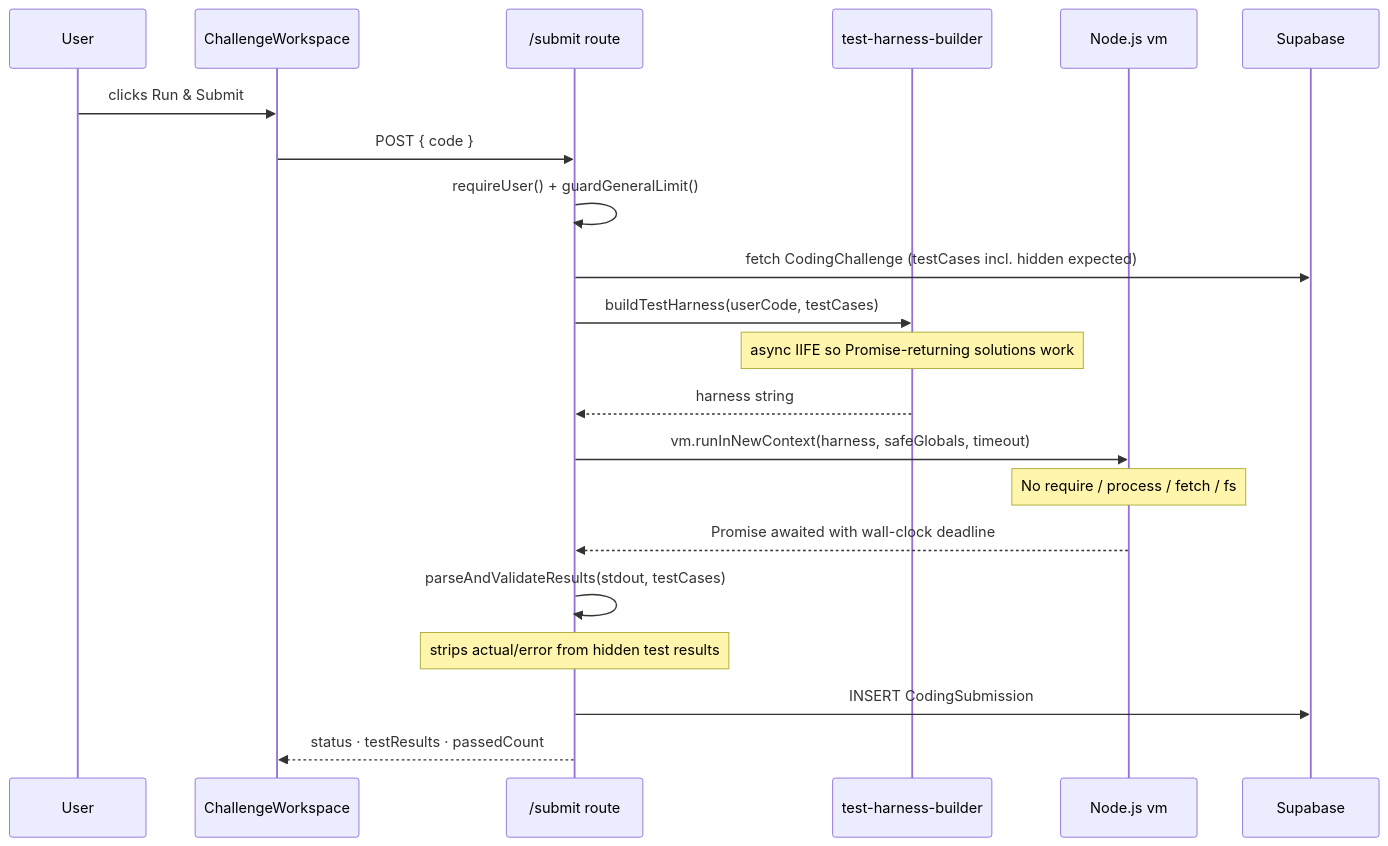
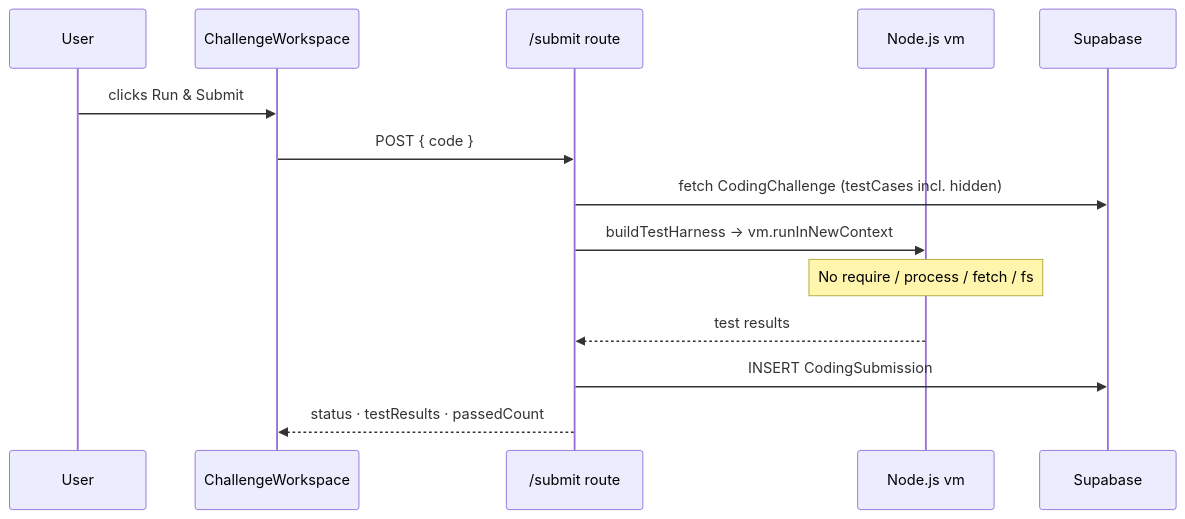
The seventh of 13 diagrams in docs/system-architecture.md (lqtrung-95/ai-fe-interview), drawn with Mermaid before and after one commit. The commit also changed other lines of this file and 6 other files, not shown here.

````diff
--- a/docs/system-architecture.md
+++ b/docs/system-architecture.md
@@ -355,24 +447,17 @@
 ```mermaid
 sequenceDiagram
     participant U as User
     participant CW as ChallengeWorkspace
     participant API as /submit route
-    participant Harness as test-harness-builder
     participant VM as Node.js vm
     participant DB as Supabase
 
     U->>CW: clicks Run & Submit
     CW->>API: POST { code }
-    API->>API: requireUser() + guardGeneralLimit()
-    API->>DB: fetch CodingChallenge (testCases incl. hidden expected)
-    API->>Harness: buildTestHarness(userCode, testCases)
-    Note over Harness: async IIFE so Promise-returning solutions work
-    Harness-->>API: harness string
-    API->>VM: vm.runInNewContext(harness, safeGlobals, timeout)
+    API->>DB: fetch CodingChallenge (testCases incl. hidden)
+    API->>VM: buildTestHarness → vm.runInNewContext
     Note over VM: No require / process / fetch / fs
-    VM-->>API: Promise awaited with wall-clock deadline
-    API->>API: parseAndValidateResults(stdout, testCases)
-    Note over API: strips actual/error from hidden test results
+    VM-->>API: test results
     API->>DB: INSERT CodingSubmission
     API-->>CW: status · testResults · passedCount
 ```
````
